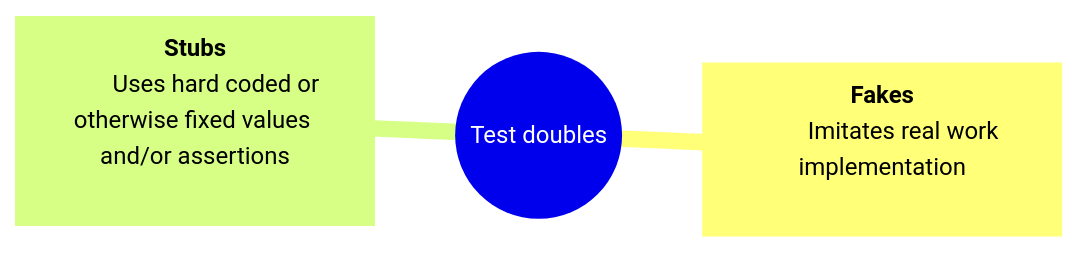
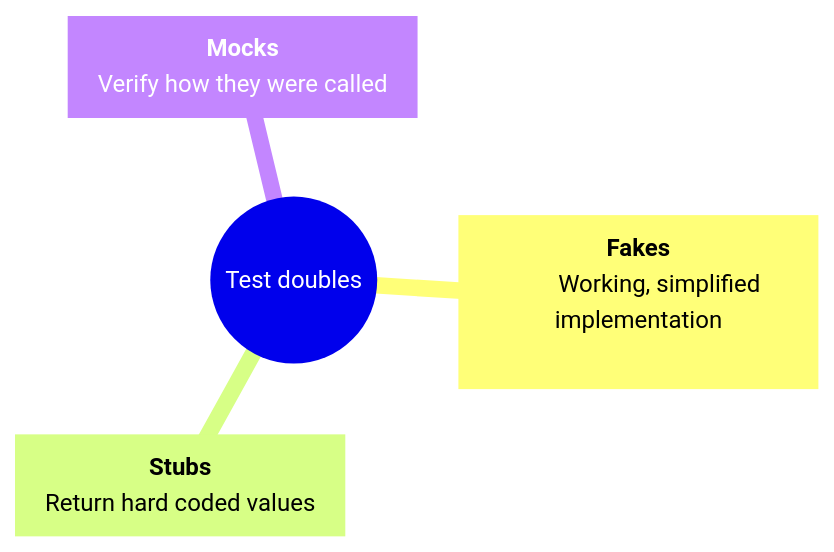
One commit to smagurauskas/software-engineering changed the fifth of 7 diagrams in 07-testing.qmd. Above: the diagram before and after it, drawn with Mermaid. The commit also changed other lines of this file and 39 other files, not shown here.

````diff
--- a/07-testing.qmd
+++ b/07-testing.qmd
@@ -304,12 +302,16 @@
 ```{mermaid}
 mindmap
   root((Test doubles))
     [**Fakes**
 
-        Imitates real work implementation
+        Working, simplified implementation
     ]
     [**Stubs**
 
-        Uses hard coded or otherwise fixed values and/or assertions
+        Return hard coded values
+    ]
+    [**Mocks**
+
+        Verify how they were called
     ]
 ```
````
